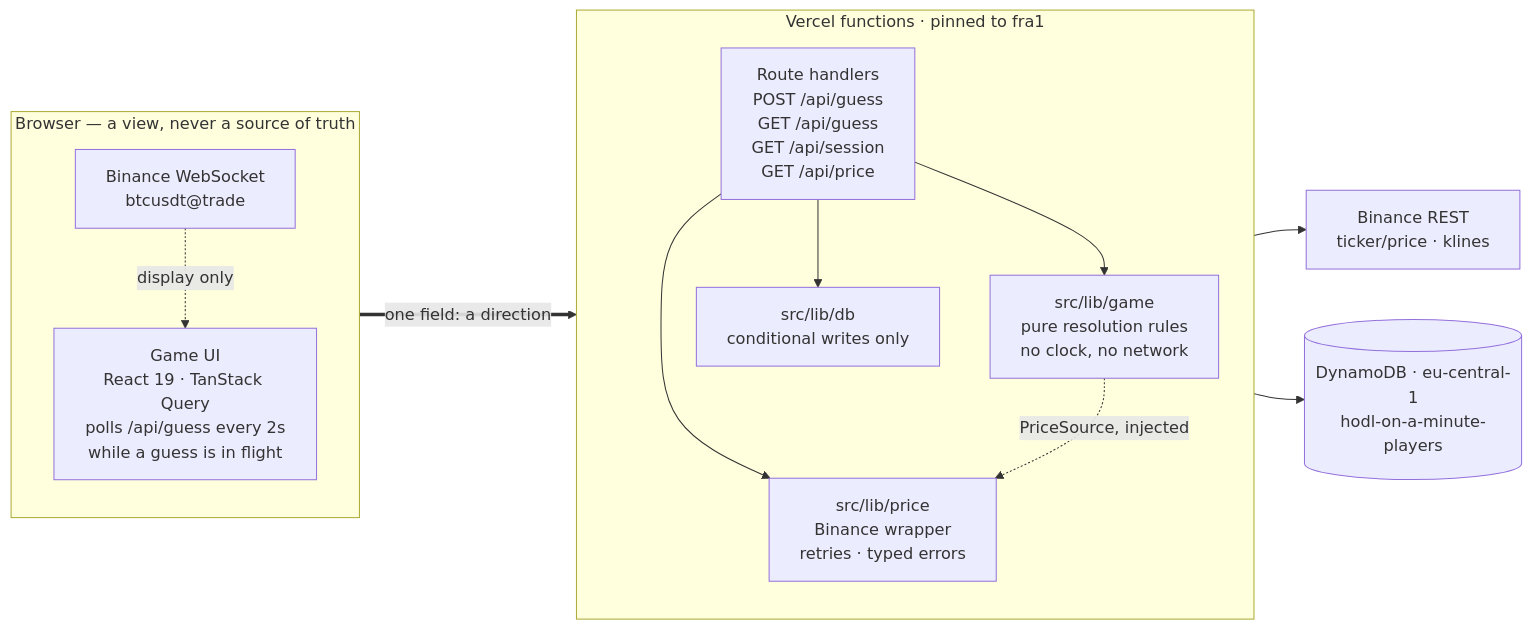
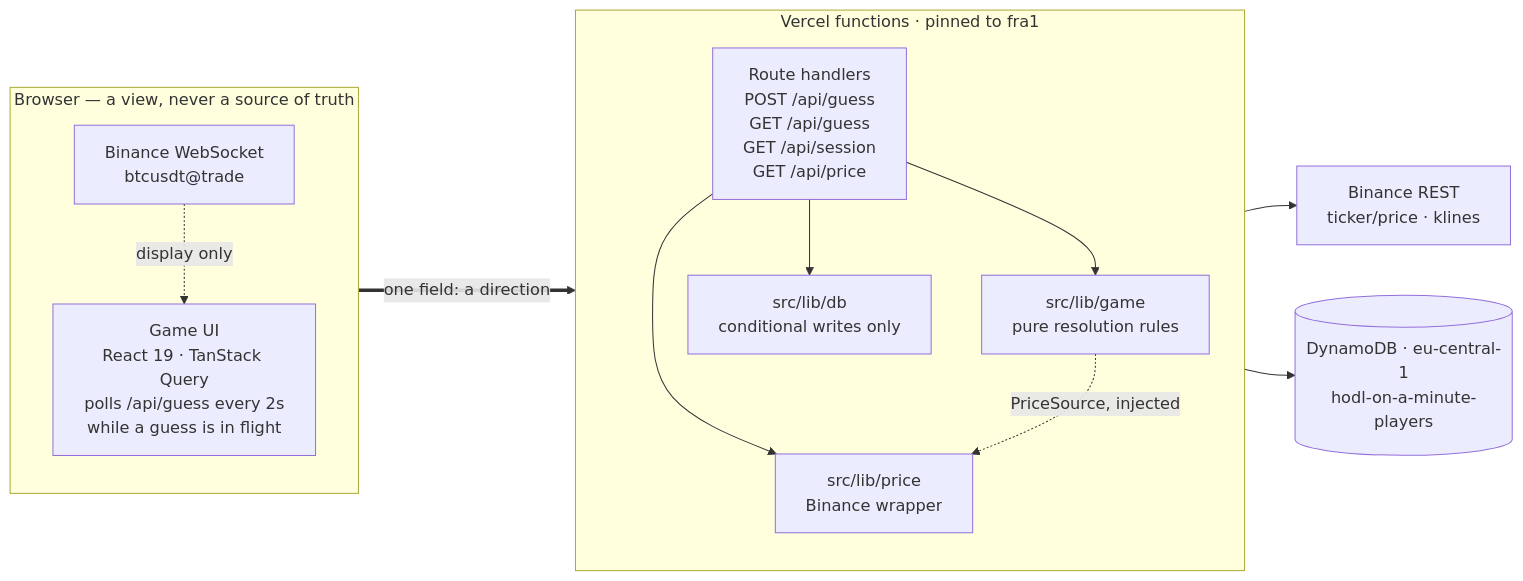
One commit to damienpjs/hodl-on-a-minute changed the diagram in README.md. Above: the diagram before and after it, drawn with Mermaid. The commit also changed other lines of this file and 1 other file, not shown here.

````diff
--- a/README.md
+++ b/README.md
@@ -52,29 +27,29 @@
 ```mermaid
 flowchart LR
   subgraph BROWSER["Browser — a view, never a source of truth"]
     direction TB
     STREAM["Binance WebSocket<br/>btcusdt@trade"]
     UI["Game UI<br/>React 19 · TanStack Query<br/>polls /api/guess every 2s<br/>while a guess is in flight"]
     STREAM -.->|display only| UI
   end
 
   subgraph SERVER["Vercel functions · pinned to fra1"]
     direction TB
     ROUTES["Route handlers<br/>POST /api/guess<br/>GET /api/guess<br/>GET /api/session<br/>GET /api/price"]
-    GAME["src/lib/game<br/>pure resolution rules<br/>no clock, no network"]
-    PRICELIB["src/lib/price<br/>Binance wrapper<br/>retries · typed errors"]
+    GAME["src/lib/game<br/>pure resolution rules"]
+    PRICELIB["src/lib/price<br/>Binance wrapper"]
     DBLIB["src/lib/db<br/>conditional writes only"]
 
     ROUTES --> GAME
     ROUTES --> PRICELIB
     ROUTES --> DBLIB
     GAME -.->|PriceSource, injected| PRICELIB
   end
 
   REST["Binance REST<br/>ticker/price · klines"]
   DDB[("DynamoDB · eu-central-1<br/>hodl-on-a-minute-players")]
 
   UI ==>|one field: a direction| ROUTES
   PRICELIB --> REST
   DBLIB --> DDB
 ```
````
